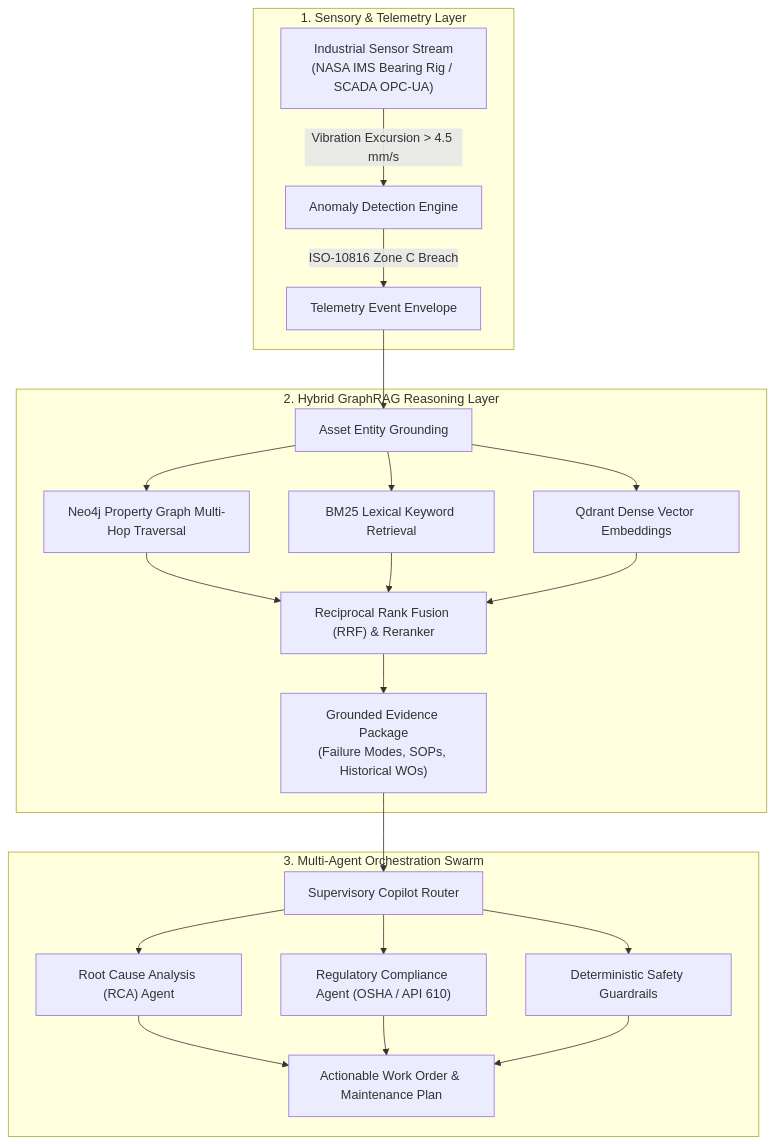
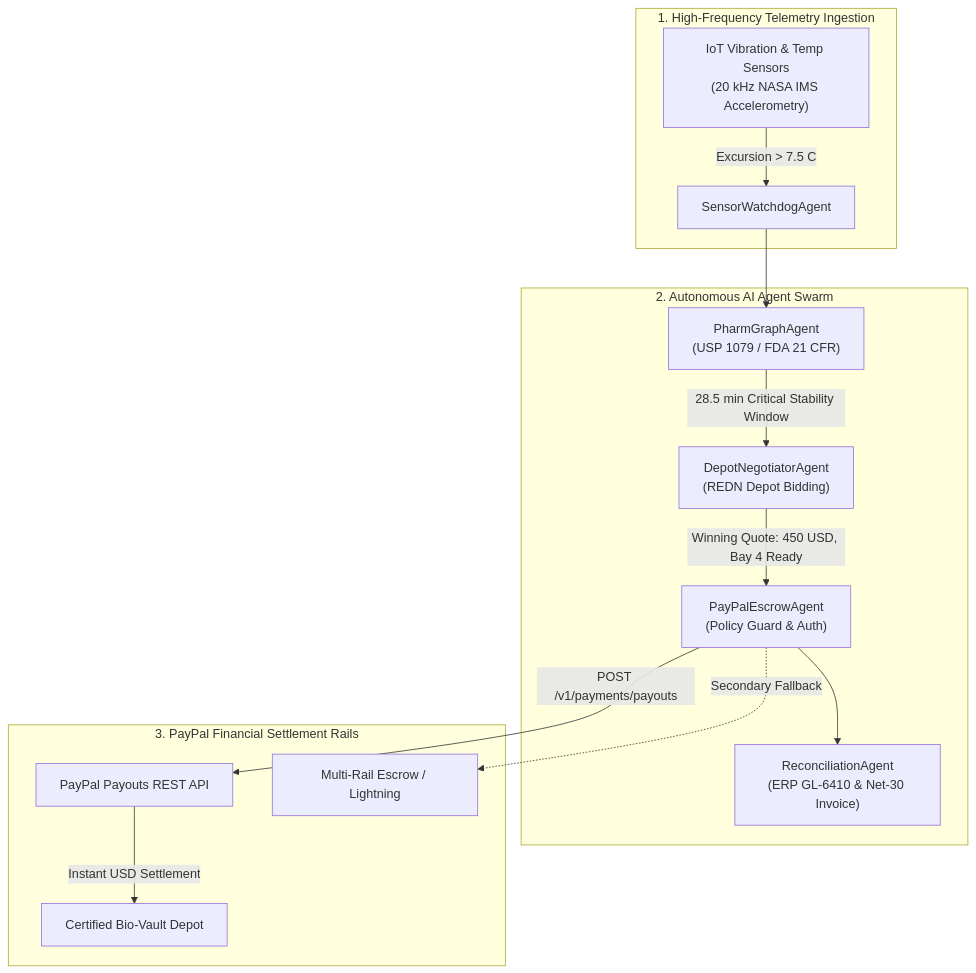
The diagram in README.md (Niss54/paypal), drawn with Mermaid before and after one commit. The commit also changed other lines of this file and 51 other files, not shown here.

Commit message:
feat: align repository to PayPal AI Hackathon 2026 and finalize evidence-gated procurement architecture

````diff
--- a/README.md
+++ b/README.md
@@ -138,24 +70,19 @@
 ```mermaid
 flowchart TD
-    subgraph SENSORY["1. Sensory & Telemetry Layer"]
-        A["Industrial Sensor Stream<br/>(NASA IMS Bearing Rig / SCADA OPC-UA)"] -->|Vibration Excursion > 4.5 mm/s| B["Anomaly Detection Engine"]
-        B -->|ISO-10816 Zone C Breach| C["Telemetry Event Envelope"]
+    subgraph TELEMETRY["1. High-Frequency Telemetry Ingestion"]
+        SENS["IoT Vibration & Temp Sensors<br/>(20 kHz NASA IMS Accelerometry)"] -->|Excursion > 7.5 C| SWA["SensorWatchdogAgent"]
     end
 
-    subgraph GRAPHRAG["2. Hybrid GraphRAG Reasoning Layer"]
-        C --> D["Asset Entity Grounding"]
-        D --> E["Neo4j Property Graph Multi-Hop Traversal"]
-        D --> F["BM25 Lexical Keyword Retrieval"]
-        D --> G["Qdrant Dense Vector Embeddings"]
-        E & F & G --> H["Reciprocal Rank Fusion (RRF) & Reranker"]
-        H --> I["Grounded Evidence Package<br/>(Failure Modes, SOPs, Historical WOs)"]
+    subgraph SWARM["2. Autonomous AI Agent Swarm"]
+        SWA --> PGA["PharmGraphAgent<br/>(USP 1079 / FDA 21 CFR)"]
+        PGA -->|28.5 min Critical Stability Window| DNA["DepotNegotiatorAgent<br/>(REDN Depot Bidding)"]
+        DNA -->|Winning Quote: 450 USD, Bay 4 Ready| PEA["PayPalEscrowAgent<br/>(Policy Guard & Auth)"]
+        PEA --> RA["ReconciliationAgent<br/>(ERP GL-6410 & Net-30 Invoice)"]
     end
 
-    subgraph SWARM["3. Multi-Agent Orchestration Swarm"]
-        I --> J["Supervisory Copilot Router"]
-        J --> K["Root Cause Analysis (RCA) Agent"]
-        J --> L["Regulatory Compliance Agent (OSHA / API 610)"]
-        J --> M["Deterministic Safety Guardrails"]
-        K & L & M --> N["Actionable Work Order & Maintenance Plan"]
+    subgraph PAYPAL["3. PayPal Financial Settlement Rails"]
+        PEA -->|POST /v1/payments/payouts| PAYOUTS["PayPal Payouts REST API"]
+        PAYOUTS -->|Instant USD Settlement| DEPOT["Certified Bio-Vault Depot"]
+        PEA -.->|Secondary Fallback| LIGHTNING["Multi-Rail Escrow / Lightning"]
     end
 ```
````
